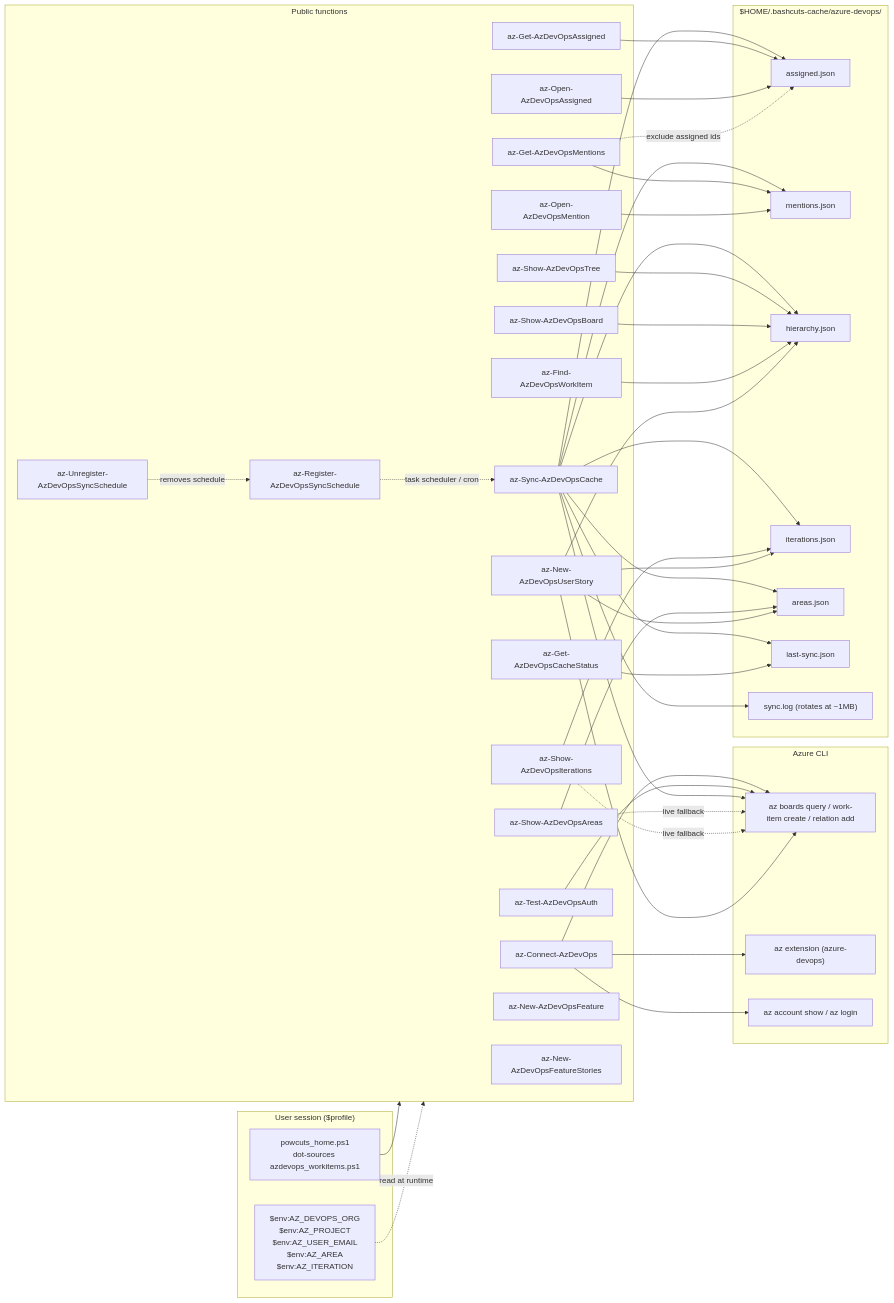
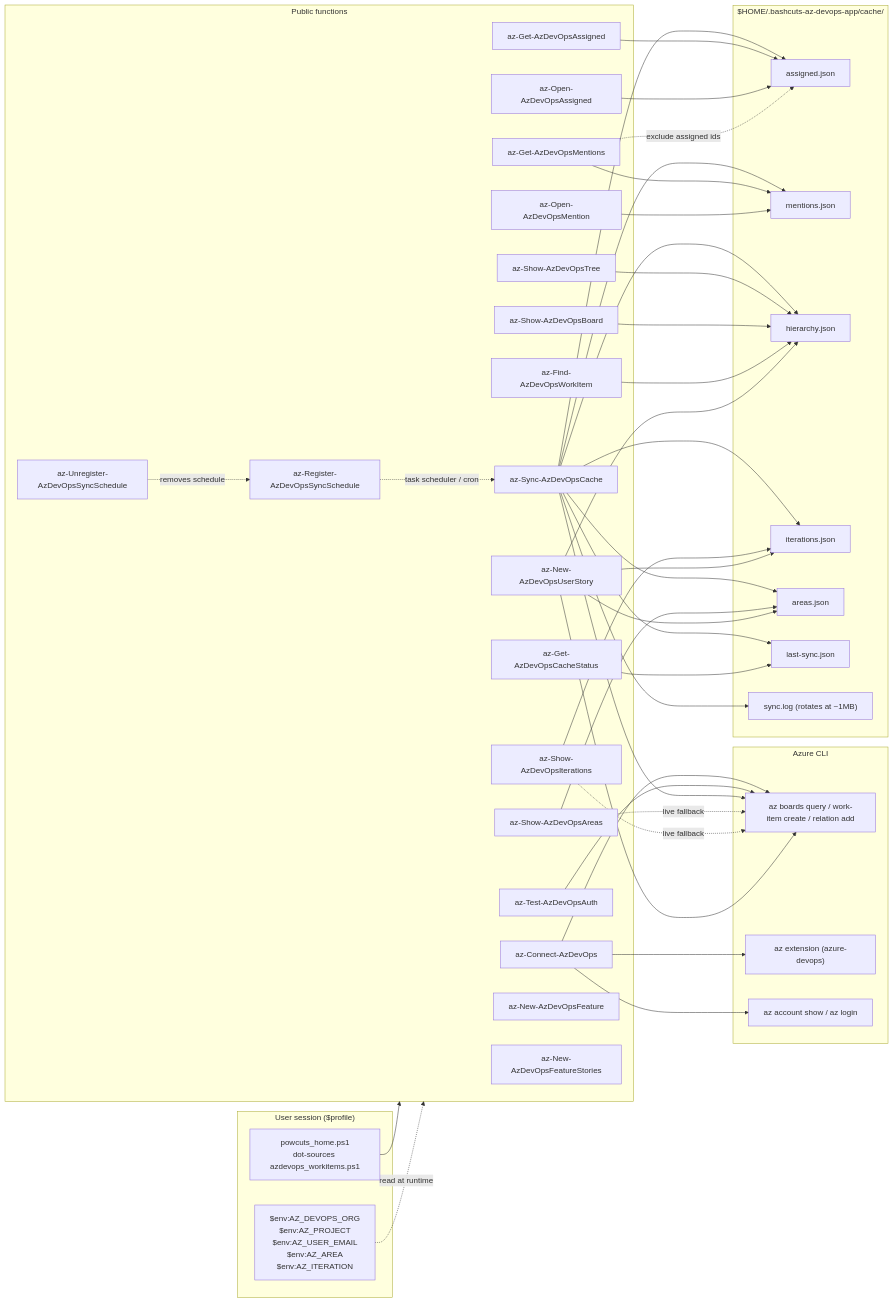
One commit to jdschleicher/bashcuts changed the first of 12 diagrams in docs/azure-devops-diagrams.md. Above: the diagram before and after it, drawn with Mermaid. The commit also changed other lines of this file and 2 other files, not shown here.

First line of the commit message:
refactor: consolidate AzDevOps state under ~/.bashcuts-az-devops-app/

```diff
--- a/docs/azure-devops-diagrams.md
+++ b/docs/azure-devops-diagrams.md
@@ -48,7 +48,7 @@
         NewStoryBatch["az-New-AzDevOpsFeatureStories"]
     end
 
-    subgraph Cache["$HOME/.bashcuts-cache/azure-devops/"]
+    subgraph Cache["$HOME/.bashcuts-az-devops-app/cache/"]
         AssignedJson["assigned.json"]
         MentionsJson["mentions.json"]
         HierJson["hierarchy.json"]
```
